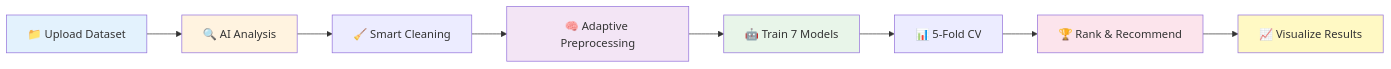
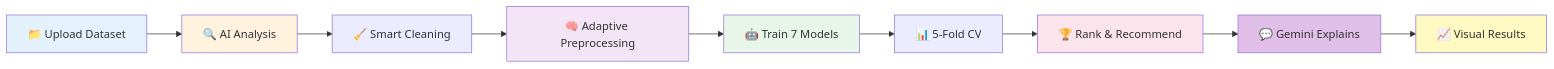
Before and after one commit to sengobasar/Algorithm-name-recommender: the diagram in README.md, drawn with Mermaid. The commit also changed other lines of this file, not shown here.

````diff
--- a/README.md
+++ b/README.md
@@ -126,17 +188,19 @@
 ```mermaid
 graph LR
     A[📁 Upload Dataset] --> B[🔍 AI Analysis]
     B --> C[🧹 Smart Cleaning]
     C --> D[🧠 Adaptive Preprocessing]
     D --> E[🤖 Train 7 Models]
     E --> F[📊 5-Fold CV]
     F --> G[🏆 Rank & Recommend]
-    G --> H[📈 Visualize Results]
+    G --> H[💬 Gemini Explains]
+    H --> I[📈 Visual Results]
     
     style A fill:#e3f2fd
     style B fill:#fff3e0
     style D fill:#f3e5f5
     style E fill:#e8f5e9
     style G fill:#fce4ec
-    style H fill:#fff9c4
+    style H fill:#e1bee7
+    style I fill:#fff9c4
 ```
````
